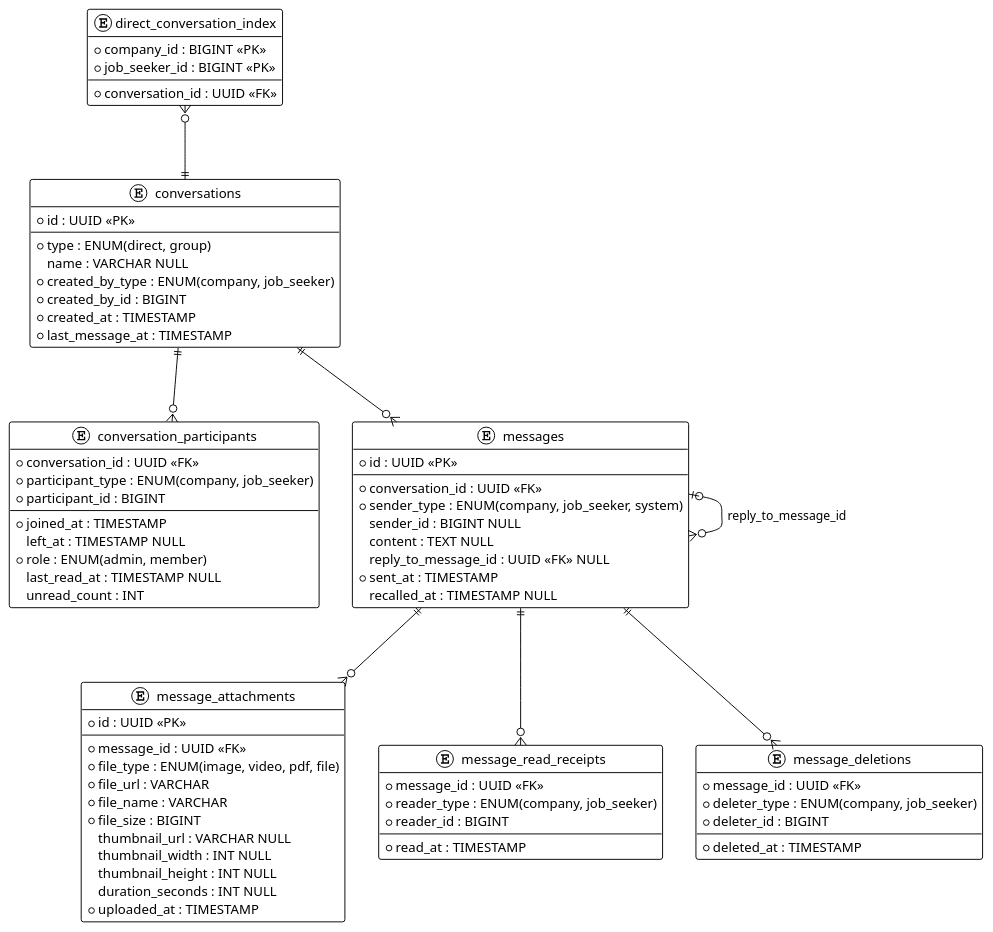
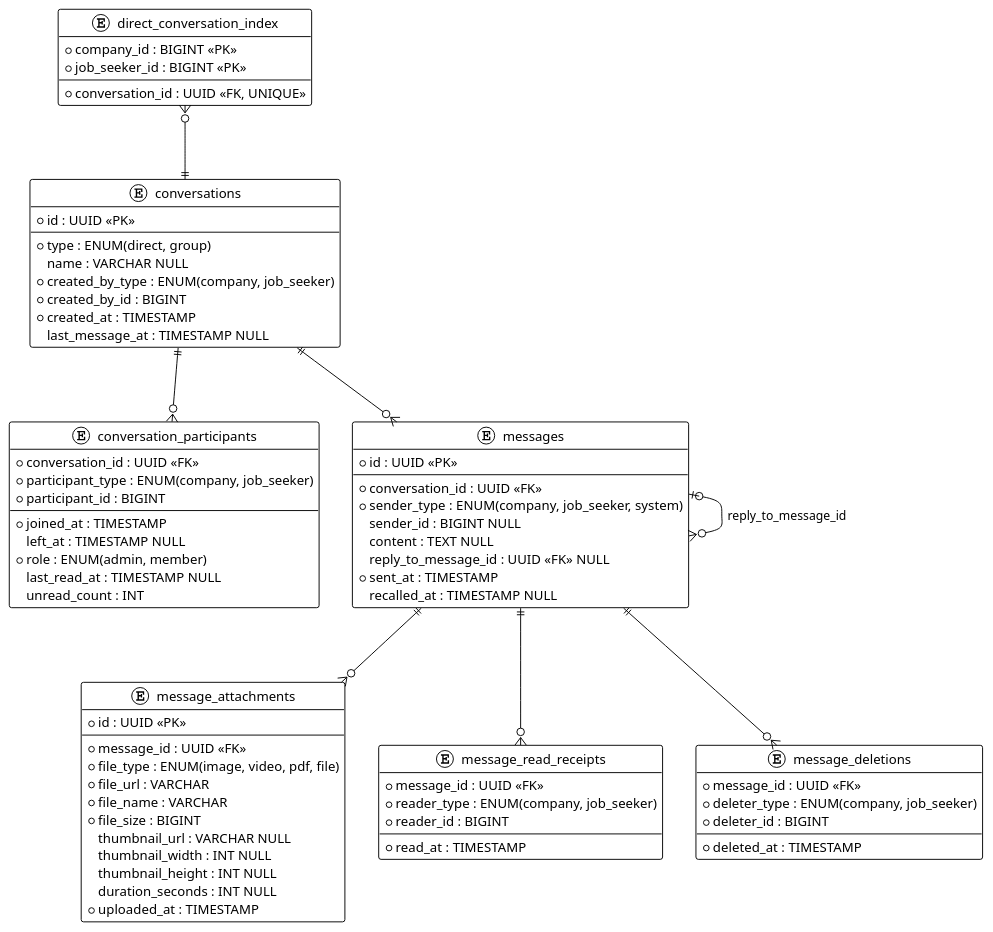
Before and after one commit to yaochangyu/echat-history: the first of 2 diagrams in messaging-schema.md, drawn with PlantUML. The commit also changed other lines of this file, not shown here.

Commit message:
✨ feat(messaging-schema): 更新訊息對話儲存結構設計，調整欄位說明及約束條件

```diff
--- a/messaging-schema.md
+++ b/messaging-schema.md
@@ -350,7 +447,7 @@
   * created_by_type : ENUM(company, job_seeker)
   * created_by_id : BIGINT
   * created_at : TIMESTAMP
-  * last_message_at : TIMESTAMP
+  last_message_at : TIMESTAMP NULL
 }
 
 entity conversation_participants {
@@ -404,7 +501,7 @@
   * company_id : BIGINT <<PK>>
   * job_seeker_id : BIGINT <<PK>>
   --
-  * conversation_id : UUID <<FK>>
+  * conversation_id : UUID <<FK, UNIQUE>>
 }
 
 entity message_deletions {
```
